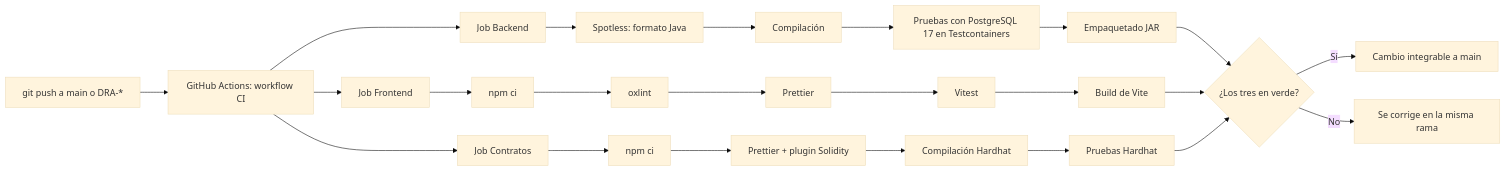
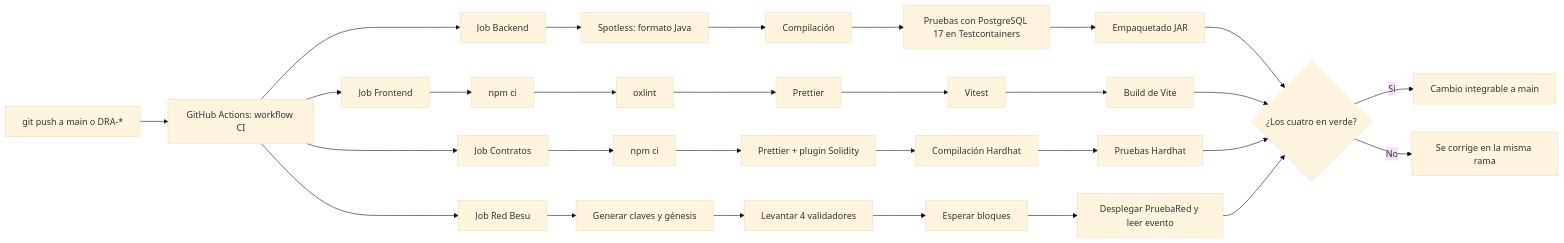
The diagram in docs/arquitectura/integracion-continua.md (Garyn14/TESIS_FERNANDO), drawn with Mermaid (base theme) before and after one commit. The commit also changed other lines of this file and 3 other files, not shown here.

Commit message:
DRA-45 Documenta la red Besu y el job de CI

````diff
--- a/docs/arquitectura/integracion-continua.md
+++ b/docs/arquitectura/integracion-continua.md
@@ -22,13 +22,15 @@
 ```mermaid
 flowchart LR
     A[git push a main o DRA-*] --> W[GitHub Actions: workflow CI]
     W --> B[Job Backend]
     W --> F[Job Frontend]
     W --> C[Job Contratos]
+    W --> RB[Job Red Besu]
     B --> B1[Spotless: formato Java] --> B2[Compilación] --> B3[Pruebas con PostgreSQL 17 en Testcontainers] --> B4[Empaquetado JAR]
     F --> F1[npm ci] --> F2[oxlint] --> F3[Prettier] --> F4[Vitest] --> F5[Build de Vite]
     C --> C1[npm ci] --> C2[Prettier + plugin Solidity] --> C3[Compilación Hardhat] --> C4[Pruebas Hardhat]
-    B4 & F5 & C4 --> R{¿Los tres en verde?}
+    RB --> RB1[Generar claves y génesis] --> RB2[Levantar 4 validadores] --> RB3[Esperar bloques] --> RB4[Desplegar PruebaRed y leer evento]
+    B4 & F5 & C4 & RB4 --> R{¿Los cuatro en verde?}
     R -- Sí --> OK[Cambio integrable a main]
     R -- No --> KO[Se corrige en la misma rama]
 ```
````
